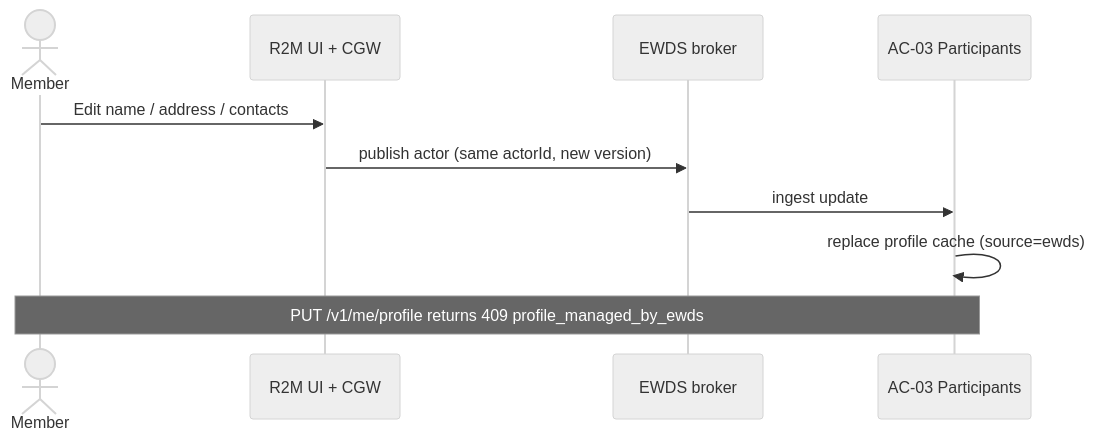
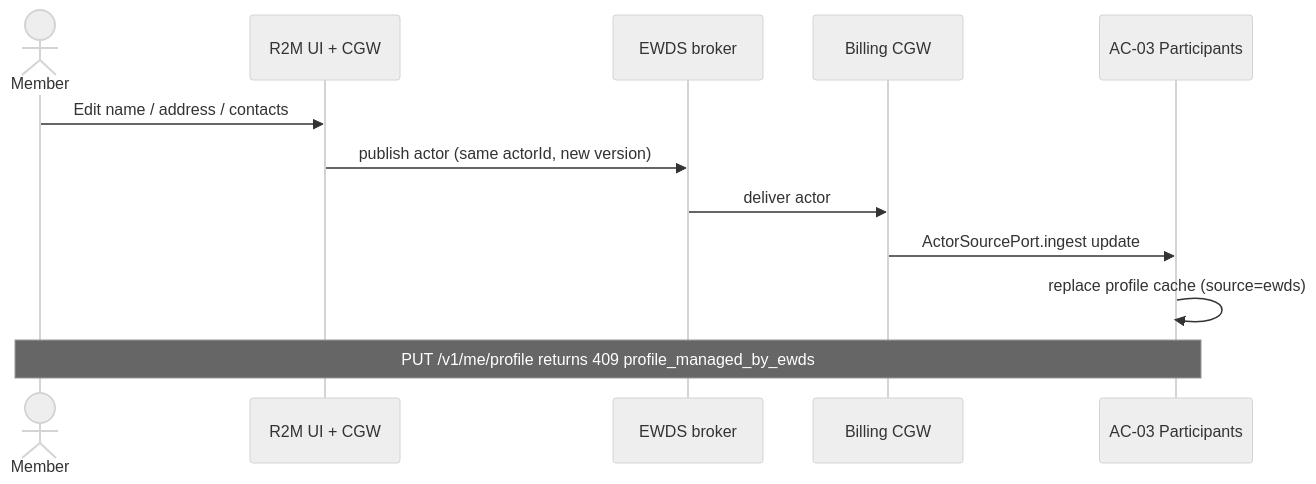
The second of 14 diagrams in docs/architecture/07-scenario-flows.md (blooo-io/intelligent-eu-bps-source), drawn with Mermaid (neutral theme) before and after one commit. The commit also changed other lines of this file, not shown here.

First line of the commit message:
docs(INT-450): show Billing CGW on every EWDS scenario flow (#224)

````diff
--- a/docs/architecture/07-scenario-flows.md
+++ b/docs/architecture/07-scenario-flows.md
@@ -54,12 +60,14 @@
 ```mermaid
 sequenceDiagram
   actor Member as Member
   participant R2M as R2M UI + CGW
   participant EWDS as EWDS broker
+  participant CGW as Billing CGW
   participant AC03 as AC-03 Participants
   Member->>R2M: Edit name / address / contacts
   R2M->>EWDS: publish actor (same actorId, new version)
-  EWDS->>AC03: ingest update
+  EWDS->>CGW: deliver actor
+  CGW->>AC03: ActorSourcePort.ingest update
   AC03->>AC03: replace profile cache (source=ewds)
   Note over Member,AC03: PUT /v1/me/profile returns 409 profile_managed_by_ewds
 ```
````
